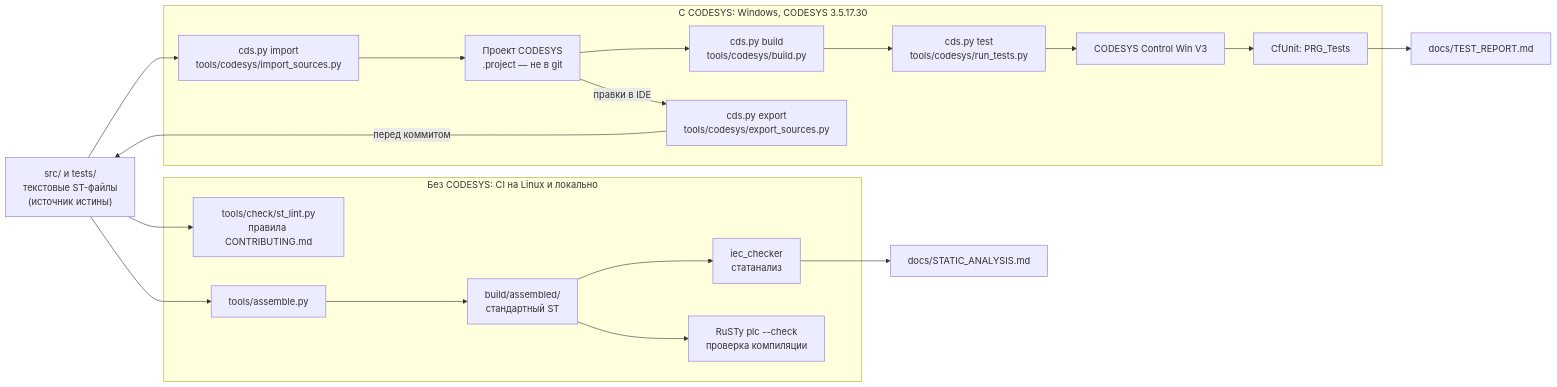
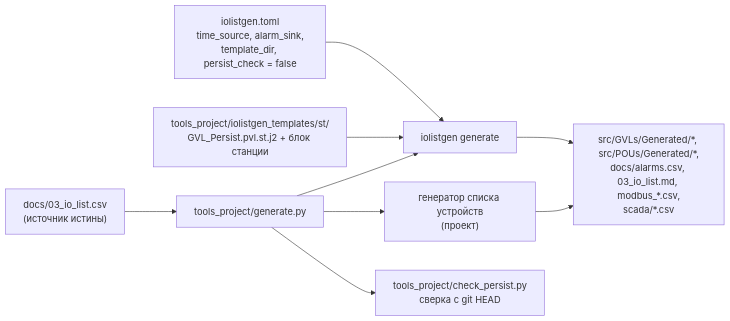
Before and after one commit to kr0nsch/kns-pump-station: the second of 5 diagrams in docs/ARCHITECTURE.md, drawn with Mermaid. The commit also changed other lines of this file and 8 other files, not shown here.

First line of the commit message:
docs: архитектура и проект ПО станции, проверка согласованности документов

````diff
--- a/docs/ARCHITECTURE.md
+++ b/docs/ARCHITECTURE.md
@@ -9,32 +104,17 @@
 ```mermaid
 flowchart LR
-    src["src/ и tests/<br/>текстовые ST-файлы<br/>(источник истины)"]
-
-    subgraph ci["Без CODESYS: CI на Linux и локально"]
-        lint["tools/check/st_lint.py<br/>правила CONTRIBUTING.md"]
-        asm["tools/assemble.py"]
-        built["build/assembled/<br/>стандартный ST"]
-        iec["iec_checker<br/>статанализ"]
-        rusty["RuSTy plc --check<br/>проверка компиляции"]
-    end
-
-    subgraph cds["С CODESYS: Windows, CODESYS 3.5.17.30"]
-        imp["cds.py import<br/>tools/codesys/import_sources.py"]
-        proj["Проект CODESYS<br/>.project — не в git"]
-        bld["cds.py build<br/>tools/codesys/build.py"]
-        run["cds.py test<br/>tools/codesys/run_tests.py"]
-        ctrl["CODESYS Control Win V3"]
-        cf["CfUnit: PRG_Tests"]
-        exp["cds.py export<br/>tools/codesys/export_sources.py"]
-    end
-
-    rep["docs/TEST_REPORT.md"]
-    sa["docs/STATIC_ANALYSIS.md"]
-
-    src --> lint
-    src --> asm --> built
-    built --> iec --> sa
-    built --> rusty
-    src --> imp --> proj --> bld --> run --> ctrl --> cf --> rep
-    proj -- "правки в IDE" --> exp -- "перед коммитом" --> src
+    csv["docs/03_io_list.csv<br/>(источник истины)"]
+    toml["iolistgen.toml<br/>time_source, alarm_sink,<br/>template_dir, persist_check = false"]
+    tpl["tools_project/iolistgen_templates/st/<br/>GVL_Persist.pvl.st.j2 + блок станции"]
+    gen["tools_project/generate.py"]
+    iol["iolistgen generate"]
+    dl["генератор списка устройств<br/>(проект)"]
+    chk["tools_project/check_persist.py<br/>сверка с git HEAD"]
+    out["src/GVLs/Generated/*, src/POUs/Generated/*,<br/>docs/alarms.csv, 03_io_list.md, modbus_*.csv,<br/>scada/*.csv"]
+    csv --> gen
+    toml --> iol
+    tpl --> iol
+    gen --> iol --> out
+    gen --> dl --> out
+    gen --> chk
 ```
````
